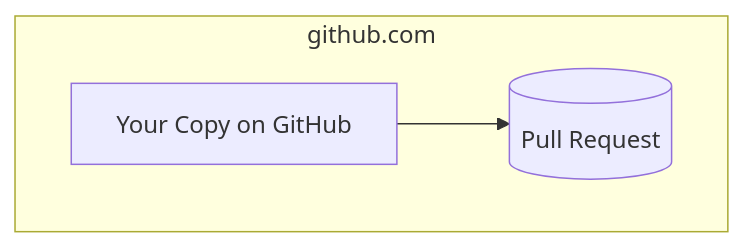
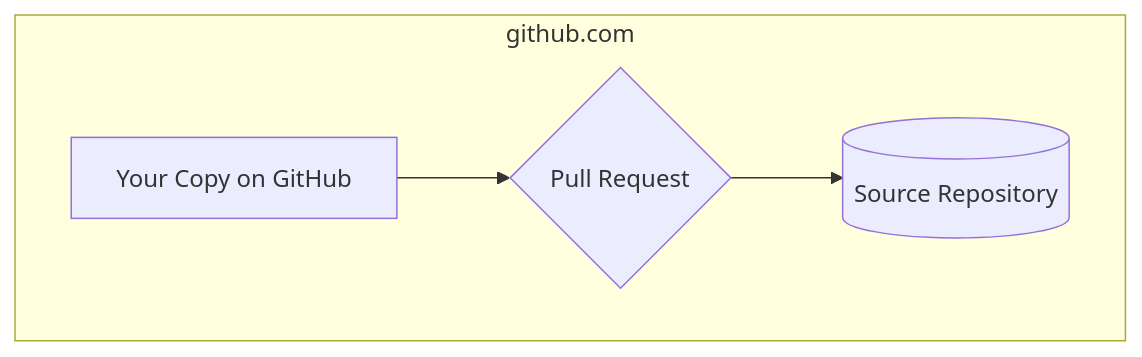
One commit to systemphil/sphil changed the third of 3 diagrams in src/pages/-contributing/github/general-workflow.mdx. Above: the diagram before and after it, drawn with Mermaid. The commit also changed other lines of this file and 5 other files, not shown here.

````diff
--- a/src/pages/-contributing/github/general-workflow.mdx
+++ b/src/pages/-contributing/github/general-workflow.mdx
@@ -59,6 +61,7 @@
 ```mermaid
 graph TD;
     subgraph AA [github.com]
-    id1[Your Copy on GitHub] --> id2[(Pull Request)];
+    id1[Your Copy on GitHub] --> id2{Pull Request}
+    id2{Pull Request} --> id3[(Source Repository)];
     end
 ```
````
